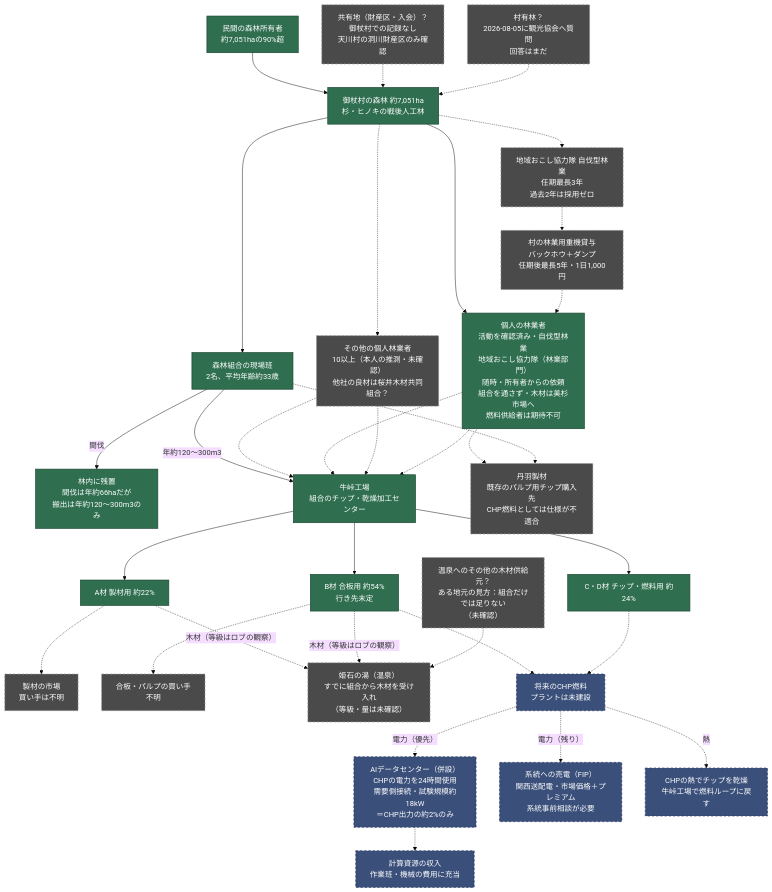
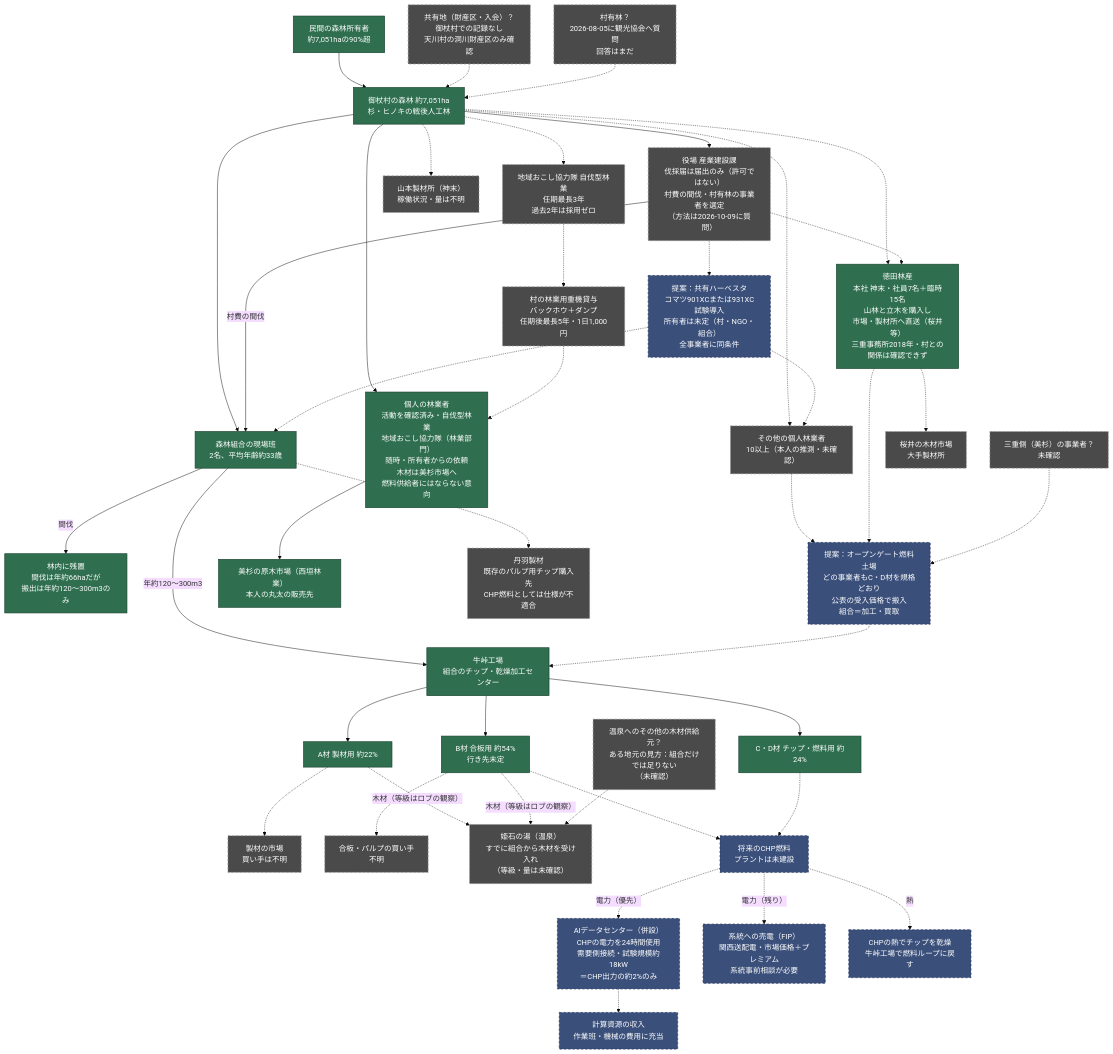
The diagram in docs/energy-forest/workforce/mitsue_forest_supply_chain_diagram_jp.md (robouden/mitsue-ai-data-center), drawn with Mermaid (base theme) before and after one commit. The commit also changed other lines of this file and 10 other files, not shown here.

Commit message:
Update forest supply chain diagram v1.2 (Tokuda, Yamamoto sawmill, village hall role, open-gate yard, shared harvester); add Nishiawakura vs Tenkawa governance comparison; log Ohba-san emails

````diff
--- a/docs/energy-forest/workforce/mitsue_forest_supply_chain_diagram_jp.md
+++ b/docs/energy-forest/workforce/mitsue_forest_supply_chain_diagram_jp.md
@@ -17,31 +17,51 @@
     own2 -.-> forest
     own3 -.-> forest
 
+    vh["役場 産業建設課<br/>伐採届は届出のみ（許可ではない）<br/>村費の間伐・村有林の事業者を選定<br/>（方法は2026-10-09に質問）"]
+    forest --> vh
+
     coopcrew["森林組合の現場班<br/>2名、平均年齢約33歳"]
-    yamaguchi["個人の林業者<br/>活動を確認済み・自伐型林業<br/>地域おこし協力隊（林業部門）<br/>随時・所有者からの依頼<br/>組合を通さず・木材は美杉市場へ<br/>燃料供給者は期待不可"]
-    otherindep["その他の個人林業者<br/>10以上（本人の推測・未確認）<br/>他社の良材は桜井木材共同組合？"]
+    yamaguchi["個人の林業者<br/>活動を確認済み・自伐型林業<br/>地域おこし協力隊（林業部門）<br/>随時・所有者からの依頼<br/>木材は美杉市場へ<br/>燃料供給者にはならない意向"]
+    tokuda["徳田林産<br/>本社 神末・社員7名＋臨時15名<br/>山林と立木を購入し<br/>市場・製材所へ直送（桜井等）<br/>三重事務所2018年・村との関係は確認できず"]
+    otherindep["その他の個人林業者<br/>10以上（本人の推測・未確認）"]
+    miesup["三重側（美杉）の事業者？<br/>未確認"]
     corps["地域おこし協力隊 自伐型林業<br/>任期最長3年<br/>過去2年は採用ゼロ"]
     loan["村の林業用重機貸与<br/>バックホウ＋ダンプ<br/>任期後最長5年・1日1,000円"]
 
     forest --> coopcrew
     forest --> yamaguchi
+    forest -.-> tokuda
     forest -.-> otherindep
     forest -.-> corps
     corps -.-> loan
     loan -.-> yamaguchi
+    vh -->|"村費の間伐"| coopcrew
+    vh -.-> tokuda
 
     leftover["林内に残置<br/>間伐は年約66haだが<br/>搬出は年約120〜300m3のみ"]
     coopcrew -->|間伐| leftover
 
     mill["牛峠工場<br/>組合のチップ・乾燥加工センター"]
     coopcrew -->|"年約120〜300m3"| mill
-    otherindep -.-> mill
-    yamaguchi -.-> mill
-    otherindep -.-> mill
-    yamaguchi -.-> mill
+
+    gate["提案：オープンゲート燃料土場<br/>どの事業者もC・D材を規格どおり<br/>公表の受入価格で搬入<br/>組合＝加工・買取"]
+    otherindep -.-> gate
+    tokuda -.-> gate
+    miesup -.-> gate
+    gate -.-> mill
+
+    machine["提案：共有ハーベスタ<br/>コマツ901XCまたは931XC試験導入<br/>所有者は未定（村・NGO・組合）<br/>全事業者に同条件"]
+    machine -.-> coopcrew
+    machine -.-> otherindep
+    vh -.-> machine
+
+    misugi["美杉の原木市場（西垣林業）<br/>本人の丸太の販売先"]
+    yamaguchi --> misugi
+    tokuda -.-> sakurai["桜井の木材市場<br/>大手製材所"]
+    yamamoto["山本製材所（神末）<br/>稼働状況・量は不明"]
+    forest -.-> yamamoto
 
     niwa["丹羽製材<br/>既存のパルプ用チップ購入先<br/>CHP燃料としては仕様が不適合"]
-    yamaguchi -.-> niwa
     coopcrew -.-> niwa
 
     mill --> gA["A材 製材用 約22%"]
@@ -74,7 +94,7 @@
     classDef unknown fill:#4a4a4a,stroke:#999999,stroke-width:1.4px,color:#ffffff,stroke-dasharray:5 4
     classDef future fill:#3a4f7a,stroke:#22315c,stroke-width:1.4px,color:#ffffff,stroke-dasharray:5 4
 
-    class own1,forest,coopcrew,yamaguchi,leftover,mill,gA,gB,gCD known
-    class own2,own3,otherindep,corps,loan,sawmkt,plymkt,niwa,onsen,othersup unknown
-    class chp,dc,grid,dry,compute future
+    class own1,forest,coopcrew,yamaguchi,tokuda,leftover,mill,gA,gB,gCD,misugi known
+    class own2,own3,vh,otherindep,miesup,corps,loan,sawmkt,sakurai,yamamoto,plymkt,niwa,onsen,othersup unknown
+    class chp,dc,grid,dry,compute,gate,machine future
 ```
````
